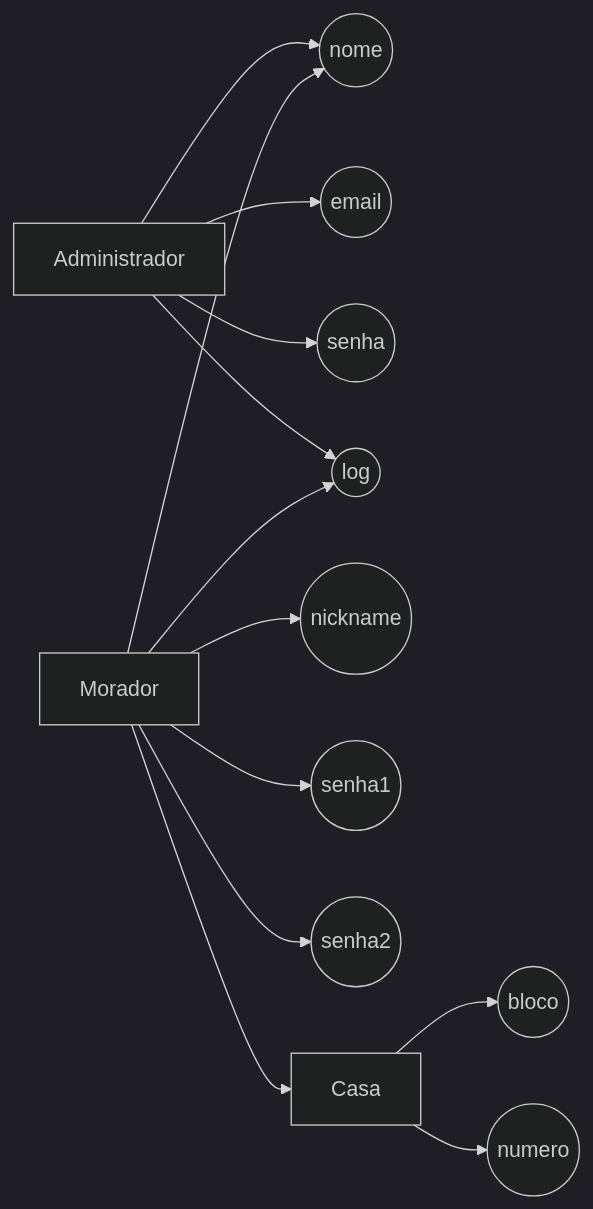
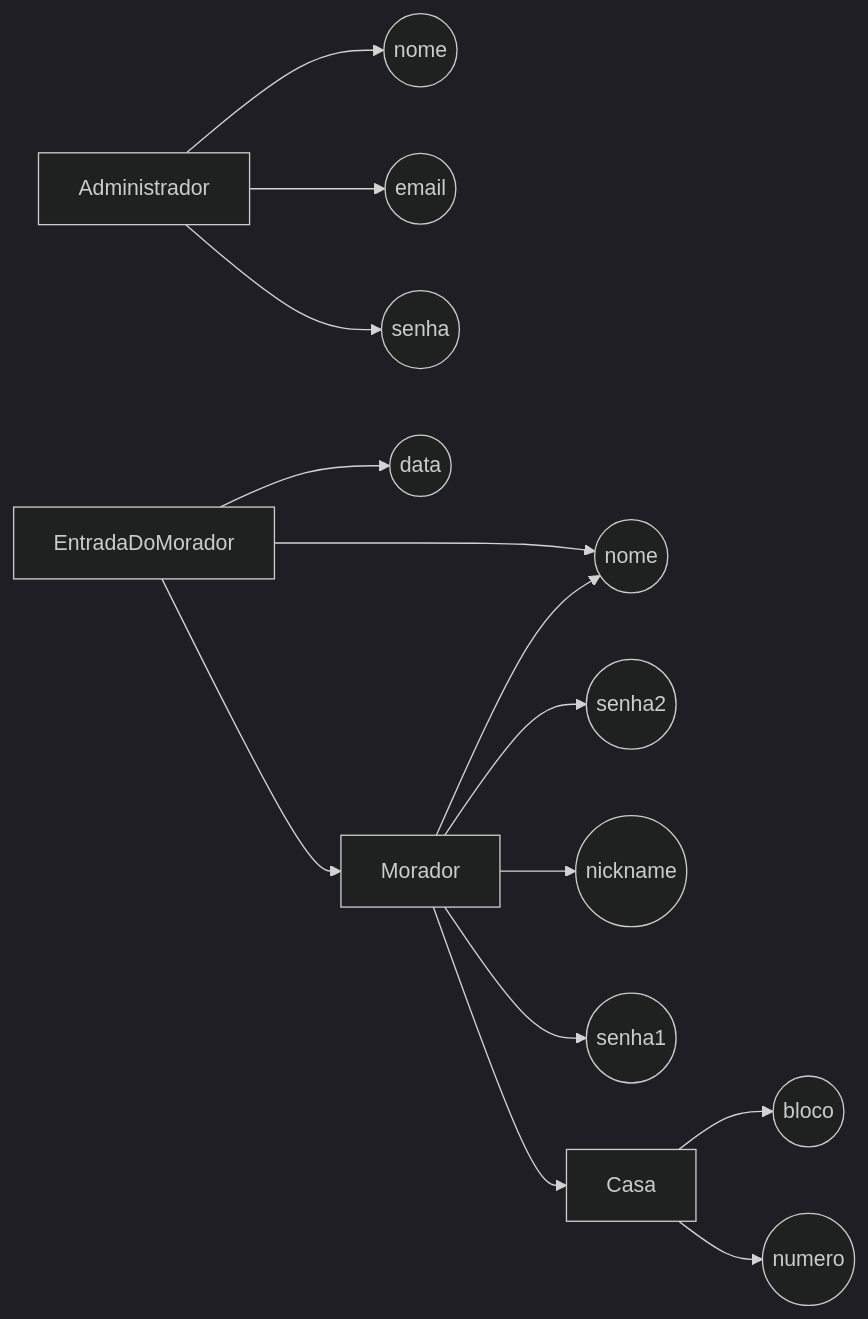
One commit to leonardobussi/condominio_seguranca changed the diagram in README.md. Above: the diagram before and after it, drawn with Mermaid (dark theme). The commit also changed other lines of this file and 14 other files, not shown here.

````diff
--- a/README.md
+++ b/README.md
@@ -52,26 +52,31 @@
 ```mermaid
 graph LR
+Adm[Administrador]
 
 
-Adm[Administrador]
 Adm --> A((nome))
 Adm --> B((email))
 Adm --> C((senha))
-Adm --> D((log)) 
 
+en[EntradaDoMorador]
 
+en --> K
+en --> J((data))
+
+en --> Mora
 
 Mora[Morador]
-Mora --> A
+Mora --> G((senha2))
 Mora --> E((nickname))
 Mora --> F((senha1))
-Mora --> G((senha2))
-Mora --> D((log))
+Mora -->  K((nome))
 
-Mora[Morador] --> Ca[Casa]
+Mora --> Ca
 
 Ca[Casa]
 Ca --> H((bloco))
 Ca --> I((numero))
 
+
+
 ```
````
